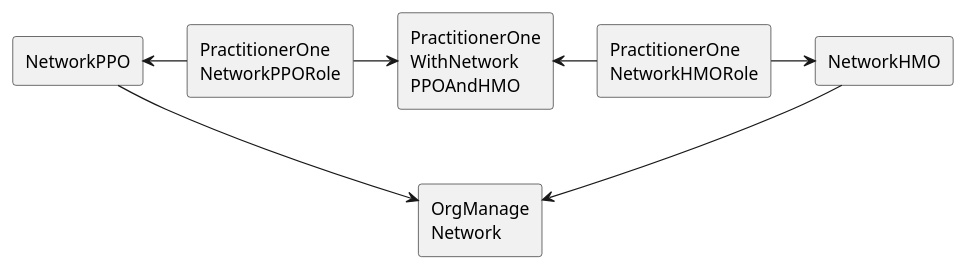
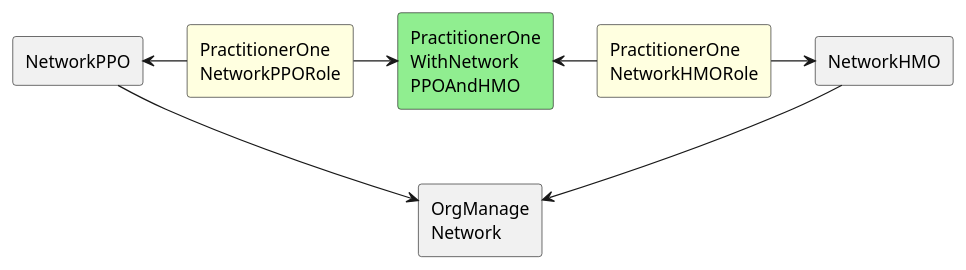
The diagram in input/images-source/UsecaseRel.plantuml (HL7/fhir-us-ndh), drawn with PlantUML before and after one commit. The commit also changed 18 other files, not shown here.

```diff
--- a/input/images-source/UsecaseRel.plantuml
+++ b/input/images-source/UsecaseRel.plantuml
@@ -1,21 +1,21 @@
 @startuml
 
 agent "NetworkPPO" as NetworkPPO
 agent "NetworkHMO" as NetworkHMO
 agent "OrgManage\nNetwork" as OrgManageNetwork
-agent "PractitionerOne\nWithNetwork\nPPOAndHMO" as PractitionerOneWithNetworkPPOAndHMO
-agent "PractitionerOne\nNetworkPPORole" as PractitionerOneNetworkPPORole
-agent "PractitionerOne\nNetworkHMORole" as PractitionerOneNetworkHMORole
+agent #LightGreen "PractitionerOne\nWithNetwork\nPPOAndHMO" as PractitionerOneWithNetworkPPOAndHMO
+agent #LightYellow "PractitionerOne\nNetworkPPORole" as PractitionerOneNetworkPPORole
+agent #LightYellow "PractitionerOne\nNetworkHMORole" as PractitionerOneNetworkHMORole
 
 
 PractitionerOneNetworkPPORole -right-> PractitionerOneWithNetworkPPOAndHMO
 PractitionerOneNetworkPPORole -left-> NetworkPPO
 
 PractitionerOneNetworkHMORole -left-> PractitionerOneWithNetworkPPOAndHMO
 PractitionerOneNetworkHMORole -right-> NetworkHMO
 NetworkPPO -down-> OrgManageNetwork
 NetworkHMO -down-> OrgManageNetwork
 
 
 
 @enduml
```
